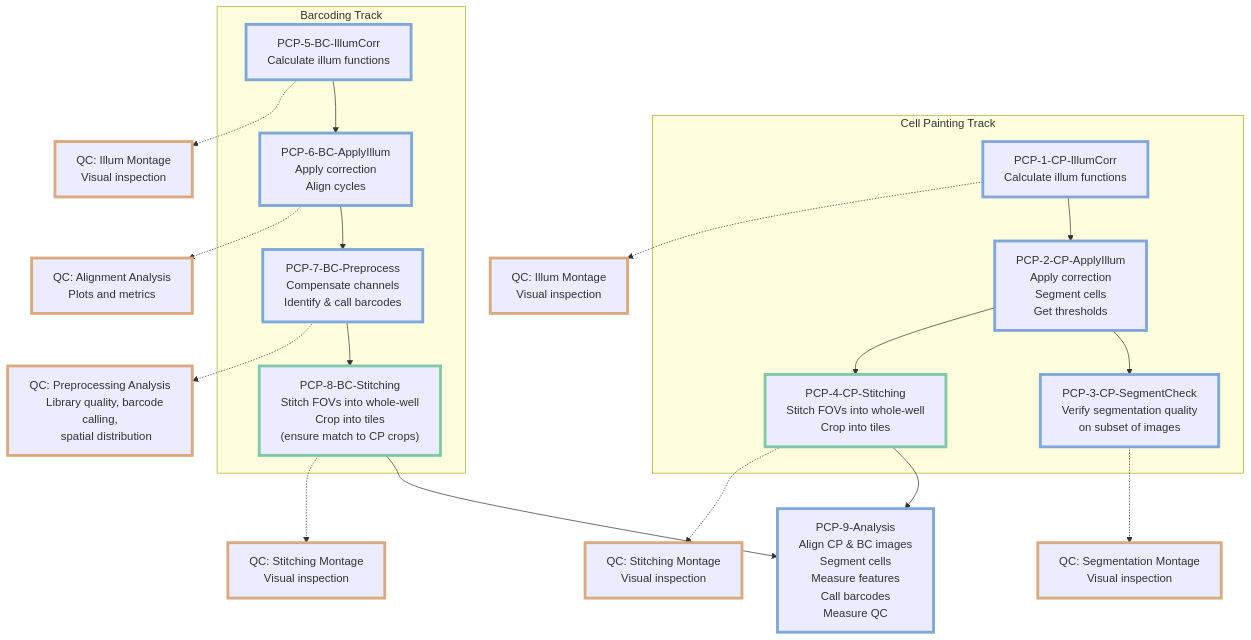
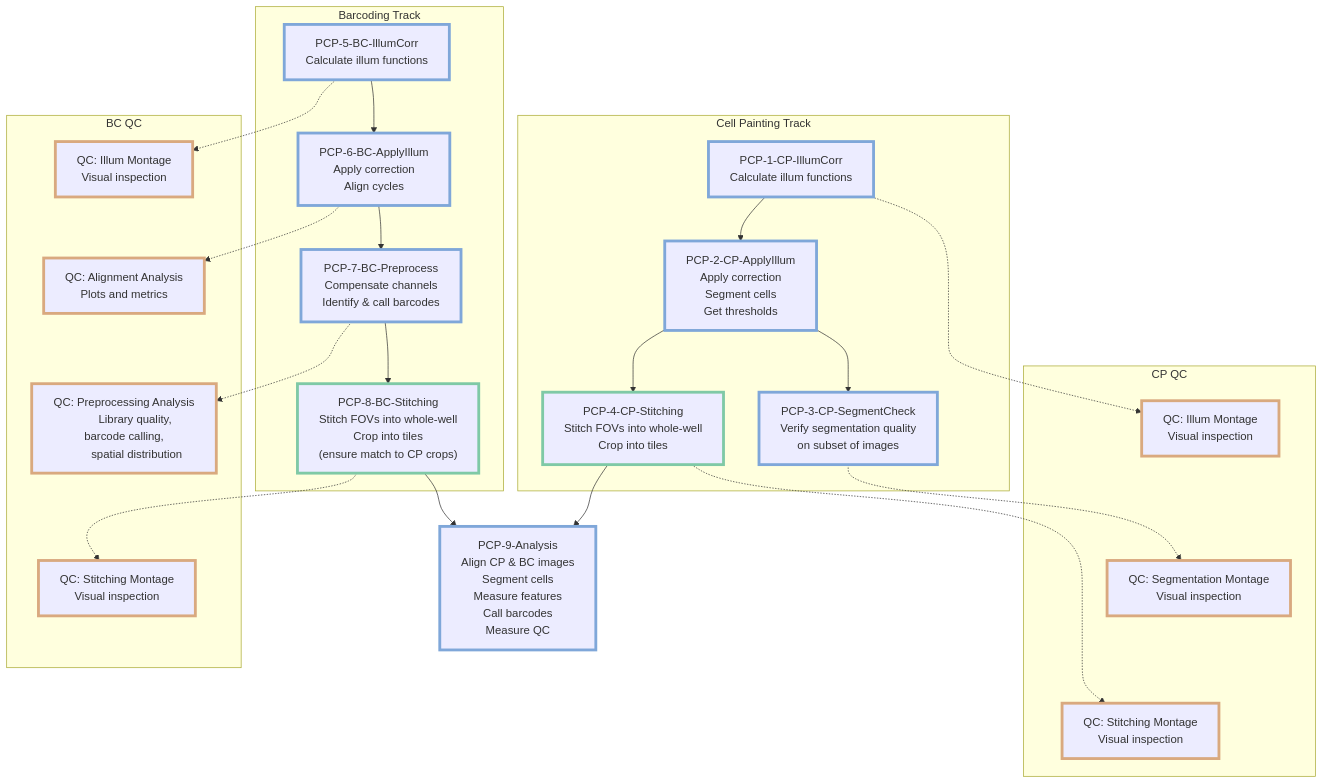
One commit to broadinstitute/nf-pooled-cellpainting-assets changed the diagram in pcpip/README.md. Above: the diagram before and after it, drawn with Mermaid. The commit also changed other lines of this file and 3 other files, not shown here.

````diff
--- a/pcpip/README.md
+++ b/pcpip/README.md
@@ -103,6 +103,6 @@
 ```mermaid
 flowchart TD
-    %% Main pipelines with detailed descriptions
+    %% Cell Painting Track
     subgraph "Cell Painting Track"
         PCP1["PCP-1-CP-IllumCorr
         Calculate illum functions"] -->
@@ -118,6 +118,18 @@
         Crop into tiles"]
     end
 
+    %% Cell Painting QC
+    subgraph "CP QC"
+        QC1["QC: Illum Montage
+        Visual inspection"]
+        QC3["QC: Segmentation Montage
+        Visual inspection"]
+        QC4["QC: Stitching Montage
+        Visual inspection"]
+        QC1 ~~~ QC3 ~~~ QC4
+    end
+
+    %% Barcoding Track
     subgraph "Barcoding Track"
         PCP5["PCP-5-BC-IllumCorr
         Calculate illum functions"] -->
@@ -133,6 +145,29 @@
         (ensure match to CP crops)"]
     end
 
+    %% Barcoding QC
+    subgraph "BC QC"
+        QC5["QC: Illum Montage
+        Visual inspection"]
+        QC6["QC: Alignment Analysis
+        Plots and metrics"]
+        QC7["QC: Preprocessing Analysis
+        Library quality, barcode calling,
+        spatial distribution"]
+        QC8["QC: Stitching Montage
+        Visual inspection"]
+        QC5 ~~~ QC6 ~~~ QC7 ~~~ QC8
+    end
+
+    %% Connections
+    PCP1 -.-> QC1
+    PCP3 -.-> QC3
+    PCP4 -.-> QC4
+    PCP5 -.-> QC5
+    PCP6 -.-> QC6
+    PCP7 -.-> QC7
+    PCP8 -.-> QC8
+
     PCP4 & PCP8 --> PCP9["PCP-9-Analysis
         Align CP & BC images
         Segment cells
@@ -140,34 +175,12 @@
         Call barcodes
         Measure QC"]
 
-    PCP1 -.-> QC1["QC: Illum Montage
-    Visual inspection"]
-
-    PCP3 -.-> QC3["QC: Segmentation Montage
-    Visual inspection"]
-
-    PCP4 -.-> QC4["QC: Stitching Montage
-    Visual inspection"]
-
-    PCP5 -.-> QC5["QC: Illum Montage
-    Visual inspection"]
-
-    PCP6 -.-> QC6["QC: Alignment Analysis
-    Plots and metrics"]
-
-    PCP7 -.-> QC7["QC: Preprocessing Analysis
-    Library quality, barcode calling,
-    spatial distribution"]
-
-    PCP8 -.-> QC8["QC: Stitching Montage
-    Visual inspection"]
-
     %% Processing platforms
     classDef cellprofiler stroke:#7fa7d9,stroke-width:4px;
     classDef fiji stroke:#7fc9a6,stroke-width:4px;
     classDef qc stroke:#d9a97f,stroke-width:4px;
 
-    class PCP1,PCP2,PCP3,PCP5,PCP6,PCP7,PCP7A,PCP8Y,PCP9,PCP6A cellprofiler
-    class PCP4,PCP8,PCP8Z fiji
+    class PCP1,PCP2,PCP3,PCP5,PCP6,PCP7,PCP9 cellprofiler
+    class PCP4,PCP8 fiji
     class QC1,QC3,QC4,QC5,QC6,QC7,QC8 qc
 ```
````
